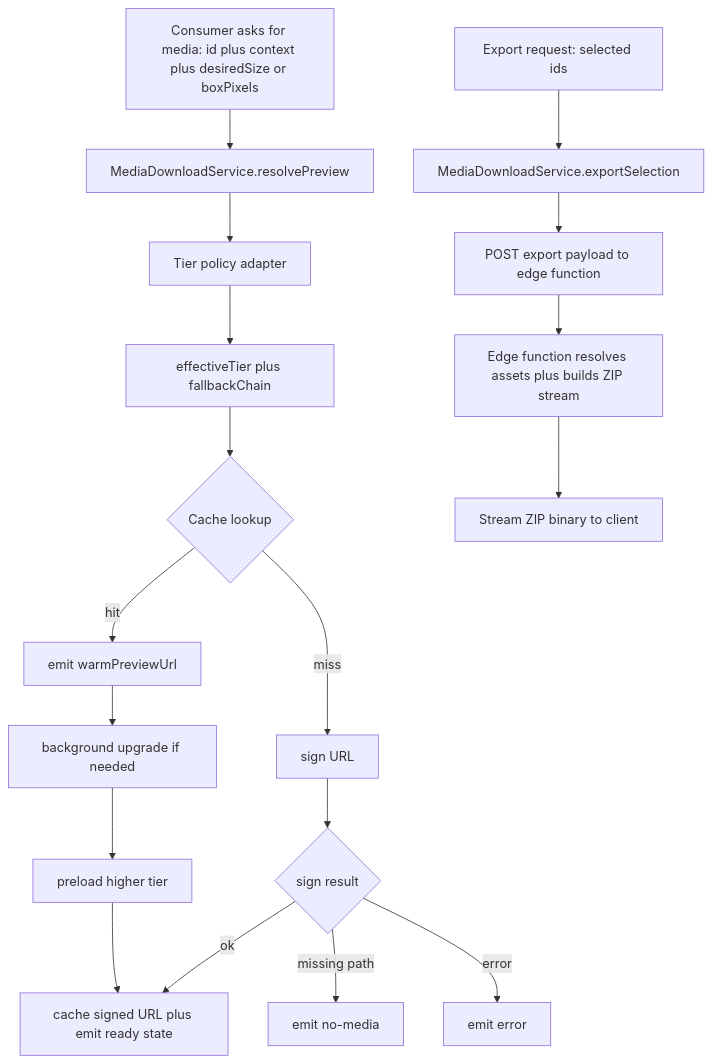
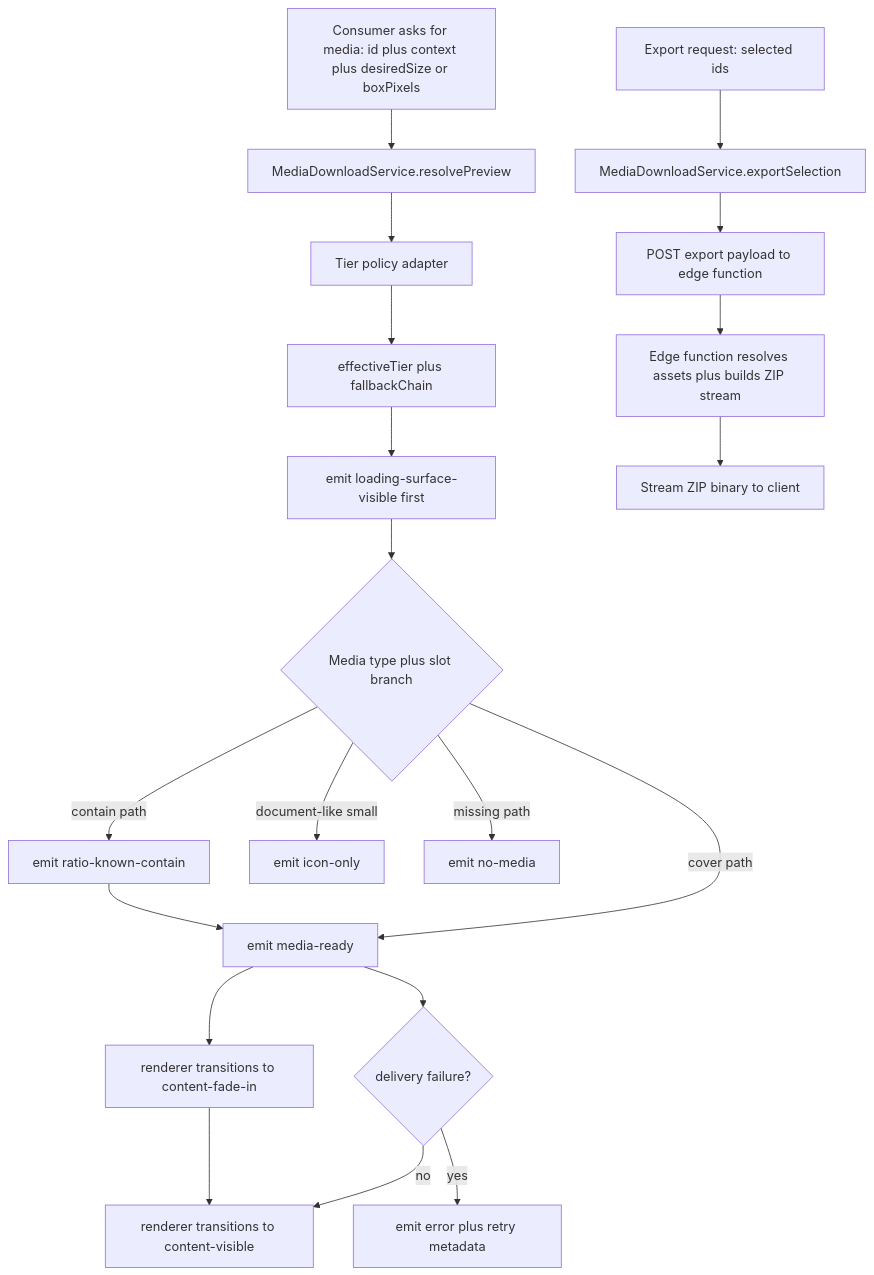
The first of 3 diagrams in docs/specs/service/media-download-service/media-download-service.md (matkleve/feldpost), drawn with Mermaid before and after one commit. The commit also changed other lines of this file and 3 other files, not shown here.

Commit message:
feat(item-grid): update media rendering and delivery logic to utilize MediaDisplayComponent and MediaDownloadService

````diff
--- a/docs/specs/service/media-download-service/media-download-service.md
+++ b/docs/specs/service/media-download-service/media-download-service.md
@@ -131,21 +131,23 @@
 ```mermaid
 flowchart TD
   A[Consumer asks for media: id plus context plus desiredSize or boxPixels] --> B[MediaDownloadService.resolvePreview]
   B --> C[Tier policy adapter]
   C --> D[effectiveTier plus fallbackChain]
-  D --> E{Cache lookup}
-  E -->|hit| F[emit warmPreviewUrl]
-  E -->|miss| G[sign URL]
-  F --> H[background upgrade if needed]
-  G --> I{sign result}
-  I -->|ok| J[cache signed URL plus emit ready state]
-  I -->|missing path| K[emit no-media]
-  I -->|error| L[emit error]
-  H --> M[preload higher tier]
-  M --> J
+  D --> E[emit loading-surface-visible first]
+  E --> F{Media type plus slot branch}
+  F -->|contain path| G[emit ratio-known-contain]
+  G --> H[emit media-ready]
+  F -->|cover path| H
+  F -->|document-like small| I[emit icon-only]
+  F -->|missing path| J[emit no-media]
+  H --> K[renderer transitions to content-fade-in]
+  K --> L[renderer transitions to content-visible]
+  H --> M{delivery failure?}
+  M -->|yes| N[emit error plus retry metadata]
+  M -->|no| L
 
-  N[Export request: selected ids] --> O[MediaDownloadService.exportSelection]
-  O --> P[POST export payload to edge function]
-  P --> Q[Edge function resolves assets plus builds ZIP stream]
-  Q --> R[Stream ZIP binary to client]
+  O[Export request: selected ids] --> P[MediaDownloadService.exportSelection]
+  P --> Q[POST export payload to edge function]
+  Q --> R[Edge function resolves assets plus builds ZIP stream]
+  R --> S[Stream ZIP binary to client]
 ```
````
